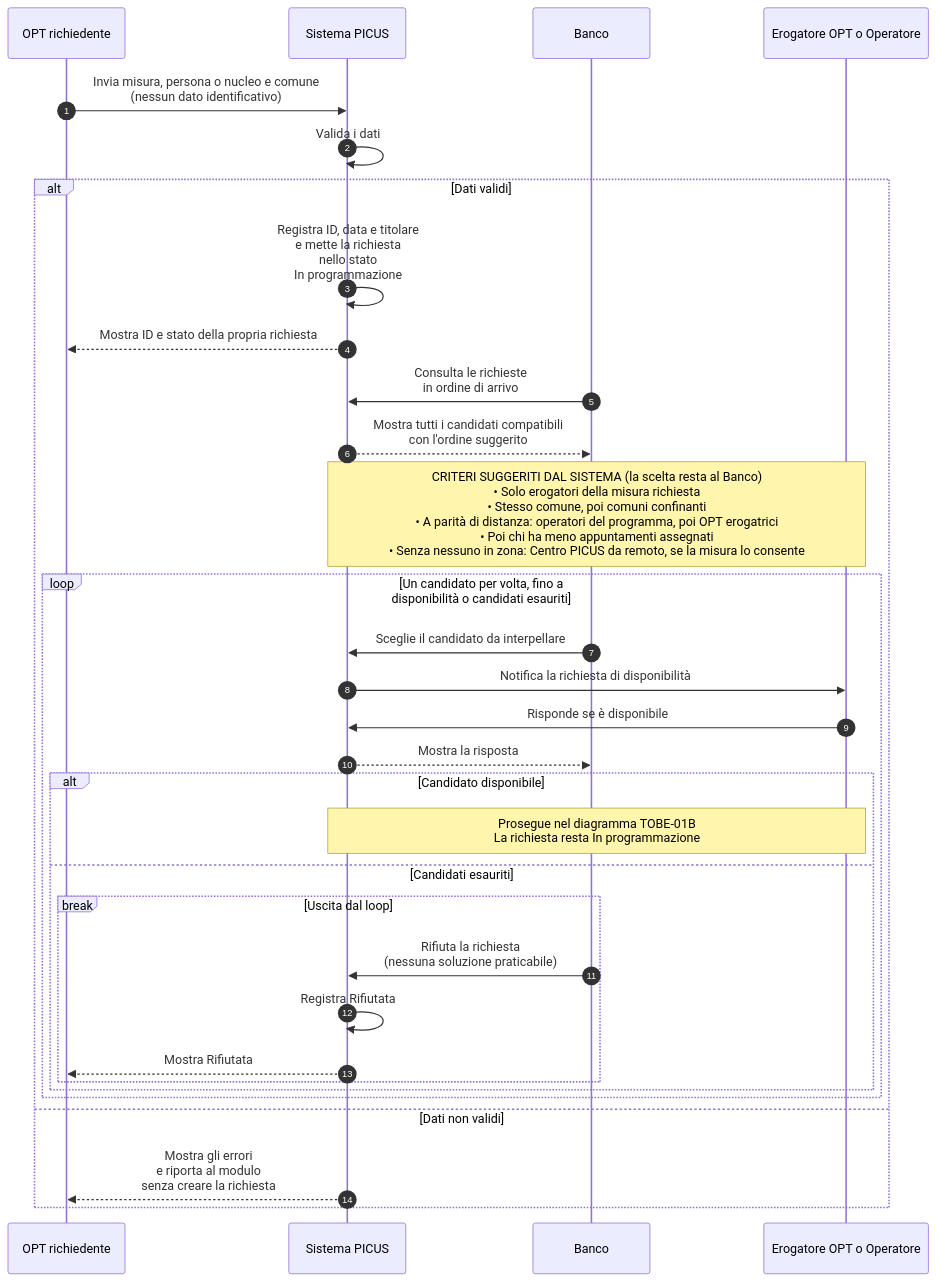
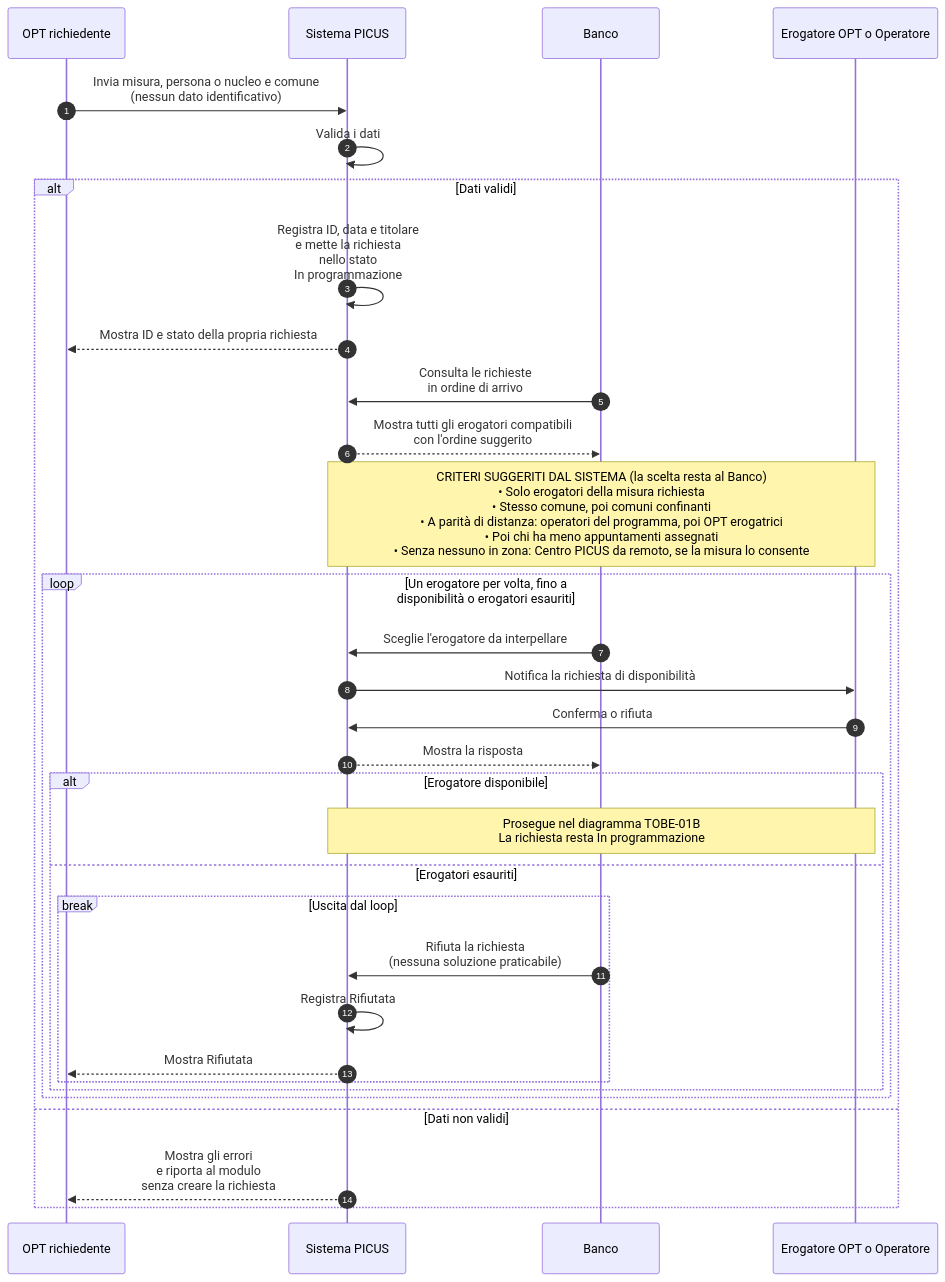
The diagram in docs/requirements/diagrams/to-be/TOBE-01A-richieste-disponibilita.mmd (Pinguini-alla-Fragola/Progetto-SAD), drawn with Mermaid before and after one commit. The commit also changed 6 other files, not shown here.

First line of the commit message:
docs(to-be): usa erogatori al posto di candidati e conferma o rifiuta (#60)

```diff
--- a/docs/requirements/diagrams/to-be/TOBE-01A-richieste-disponibilita.mmd
+++ b/docs/requirements/diagrams/to-be/TOBE-01A-richieste-disponibilita.mmd
@@ -1,37 +1,37 @@
 %% TOBE-01A v0.2 - 03/11/2026
 %% Proposta del team: Epic #20. Allineato alle risposte del cliente (seconda tornata) e alle scelte del gruppo registrate il 03/11/2026.
-%% Il Banco lavora le richieste in ordine di arrivo e interpella un candidato per volta.
-%% Il sistema puo' suggerire l'ordine dei candidati; la scelta resta al Banco.
+%% Il Banco lavora le richieste in ordine di arrivo e interpella un erogatore per volta.
+%% Il sistema puo' suggerire l'ordine degli erogatori; la scelta resta al Banco.
 sequenceDiagram
     autonumber
     participant R as OPT richiedente
     participant S as Sistema PICUS
     participant B as Banco
     participant E as Erogatore OPT o Operatore
 
     R->>S: Invia misura, persona o nucleo e comune<br/>(nessun dato identificativo)
     S->>S: Valida i dati
     alt Dati validi
         S->>S: Registra ID, data e titolare<br/>e mette la richiesta<br/>nello stato<br/>In programmazione
         S-->>R: Mostra ID e stato della propria richiesta
         B->>S: Consulta le richieste<br/>in ordine di arrivo
-        S-->>B: Mostra tutti i candidati compatibili<br/>con l'ordine suggerito
+        S-->>B: Mostra tutti gli erogatori compatibili<br/>con l'ordine suggerito
         Note over S,E: CRITERI SUGGERITI DAL SISTEMA (la scelta resta al Banco)<br/>• Solo erogatori della misura richiesta<br/>• Stesso comune, poi comuni confinanti<br/>• A parità di distanza: operatori del programma, poi OPT erogatrici<br/>• Poi chi ha meno appuntamenti assegnati<br/>• Senza nessuno in zona: Centro PICUS da remoto, se la misura lo consente
-        loop Un candidato per volta, fino a<br/>disponibilità o candidati esauriti
-            B->>S: Sceglie il candidato da interpellare
+        loop Un erogatore per volta, fino a<br/>disponibilità o erogatori esauriti
+            B->>S: Sceglie l'erogatore da interpellare
             S->>E: Notifica la richiesta di disponibilità
-            E->>S: Risponde se è disponibile
+            E->>S: Conferma o rifiuta
             S-->>B: Mostra la risposta
-            alt Candidato disponibile
+            alt Erogatore disponibile
                 Note over S,E: Prosegue nel diagramma TOBE-01B<br/>La richiesta resta In programmazione
-            else Candidati esauriti
+            else Erogatori esauriti
                 break Uscita dal loop
                     B->>S: Rifiuta la richiesta<br/>(nessuna soluzione praticabile)
                     S->>S: Registra Rifiutata
                     S-->>R: Mostra Rifiutata
                 end
             end
         end
     else Dati non validi
         S-->>R: Mostra gli errori<br/>e riporta al modulo<br/>senza creare la richiesta
     end
```
